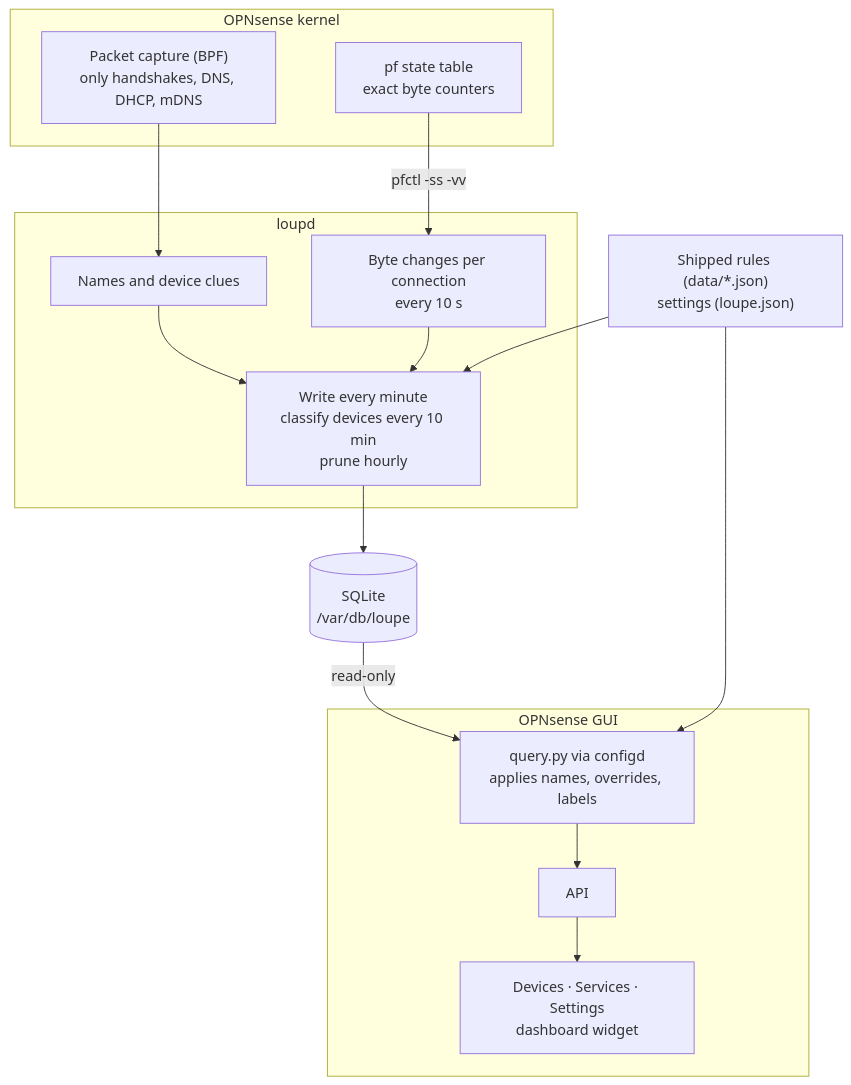
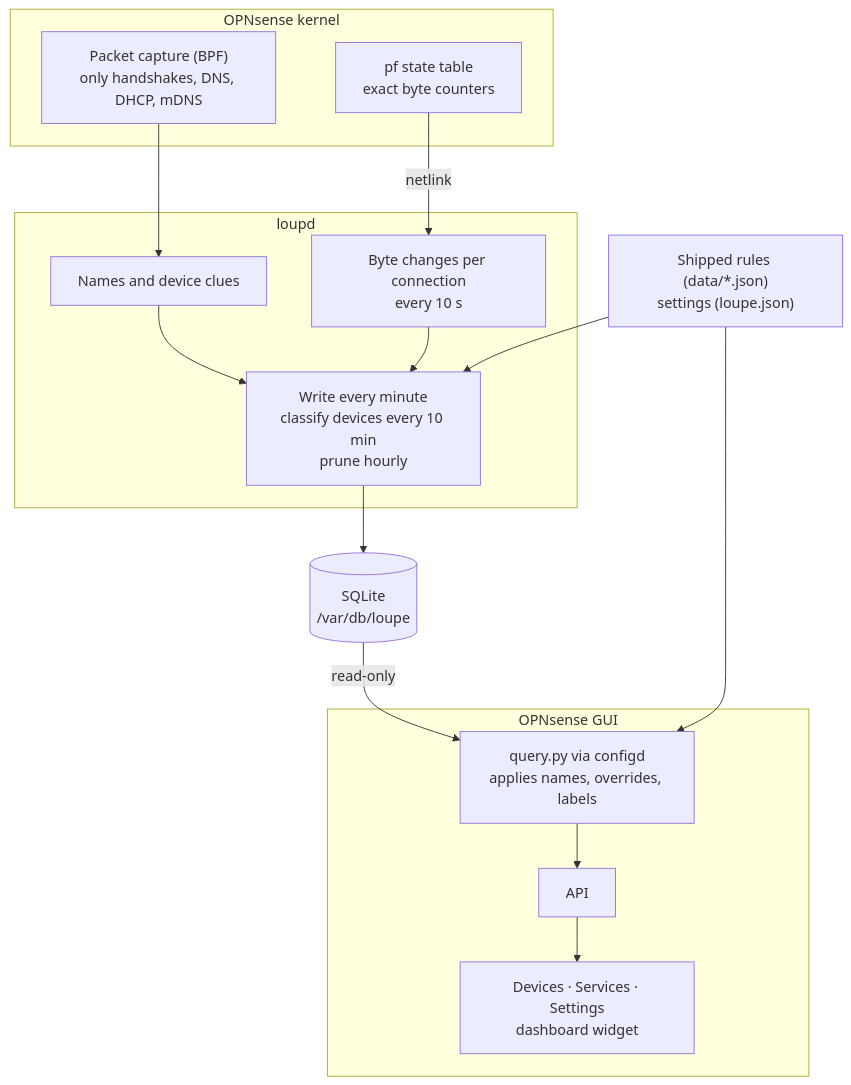
One commit to alokdhir/os-loupe changed the diagram in docs/DESIGN.md. Above: the diagram before and after it, drawn with Mermaid. The commit also changed other lines of this file and 4 other files, not shown here.

Commit message:
Read pf states over pf's netlink interface (lib/pfnl.py) instead of running pfctl; text parser kept as fallback; loupd logs which source it uses

````diff
--- a/docs/DESIGN.md
+++ b/docs/DESIGN.md
@@ -13,25 +13,25 @@
 ```mermaid
 flowchart TB
     subgraph kernel["OPNsense kernel"]
         bpf["Packet capture (BPF)<br/>only handshakes, DNS, DHCP, mDNS"]
         pf["pf state table<br/>exact byte counters"]
     end
     subgraph daemon["loupd"]
         names["Names and device clues"]
         bytes["Byte changes per connection<br/>every 10 s"]
         flush["Write every minute<br/>classify devices every 10 min<br/>prune hourly"]
     end
     db[("SQLite<br/>/var/db/loupe")]
     data["Shipped rules (data/*.json)<br/>settings (loupe.json)"]
     subgraph gui["OPNsense GUI"]
         query["query.py via configd<br/>applies names, overrides, labels"]
         api["API"]
         pages["Devices · Services · Settings<br/>dashboard widget"]
     end
     bpf --> names --> flush
-    pf -- "pfctl -ss -vv" --> bytes --> flush
+    pf -- "netlink" --> bytes --> flush
     flush --> db
     db -- "read-only" --> query --> api --> pages
     data --> flush
     data --> query
 ```
````
